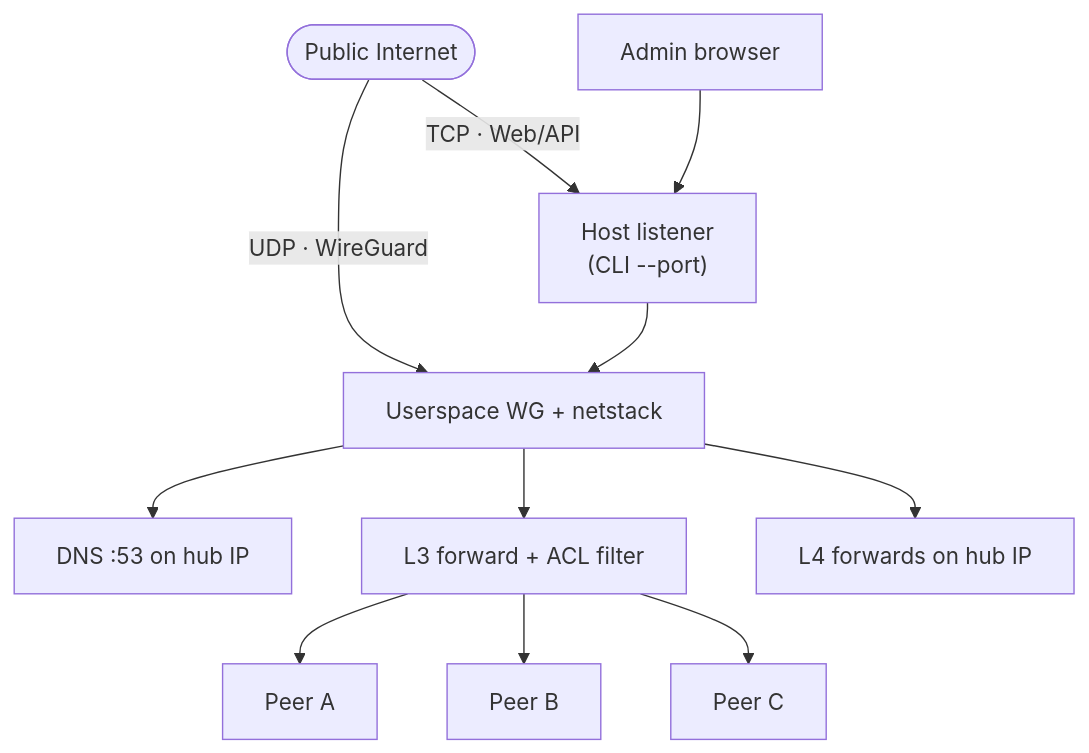
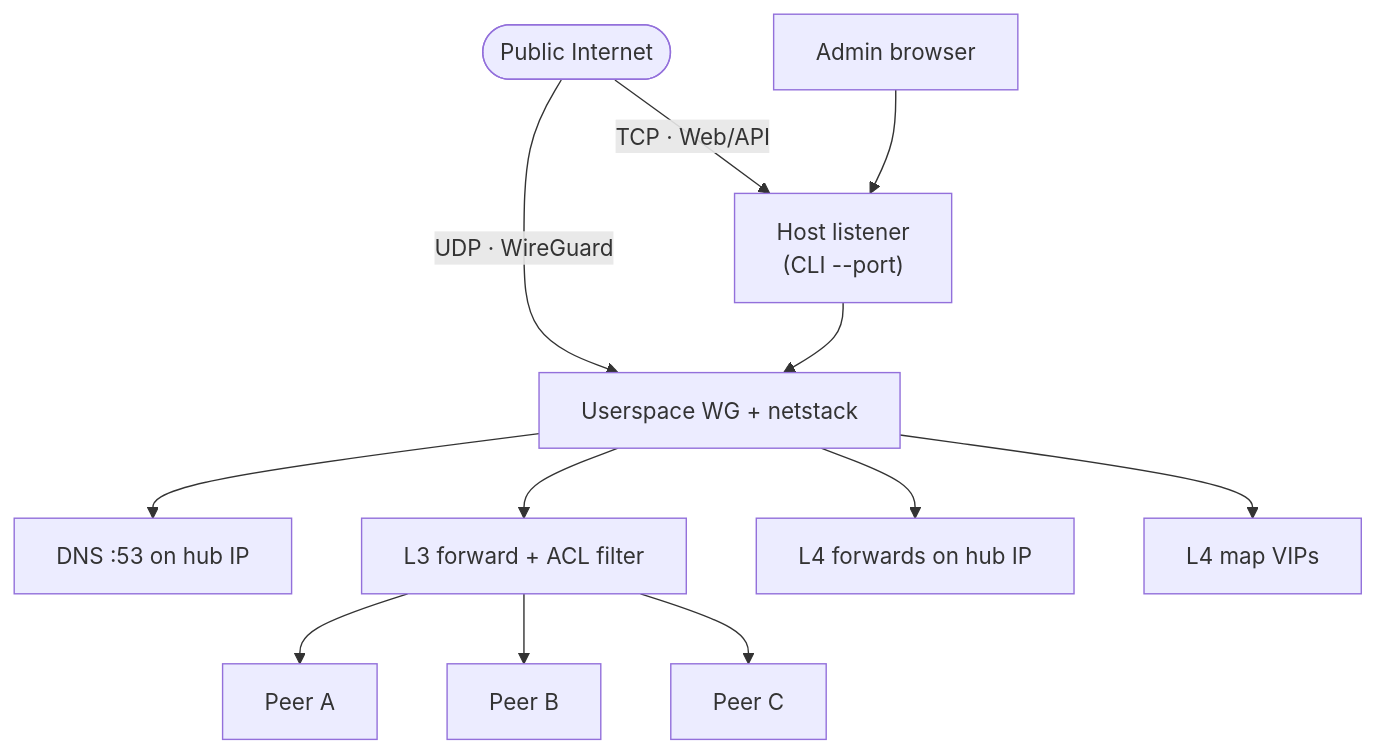
Before and after one commit to touken928/WireHub: the diagram in README.md, drawn with Mermaid. The commit also changed other lines of this file and 59 other files, not shown here.

````diff
--- a/README.md
+++ b/README.md
@@ -37,18 +38,19 @@
 ```mermaid
 flowchart TB
   net([Public Internet])
 
   net -->|TCP · Web/API| host["Host listener<br/>(CLI --port)"]
   net -->|UDP · WireGuard| wg["Userspace WG + netstack"]
 
   admin[Admin browser] --> host
   host --> wg
 
   wg --> dns["DNS :53 on hub IP"]
   wg --> filter["L3 forward + ACL filter"]
   wg --> fwd["L4 forwards on hub IP"]
+  wg --> mapsNode["L4 map VIPs"]
 
   filter --> p1[Peer A]
   filter --> p2[Peer B]
   filter --> p3[Peer C]
 ```
````
